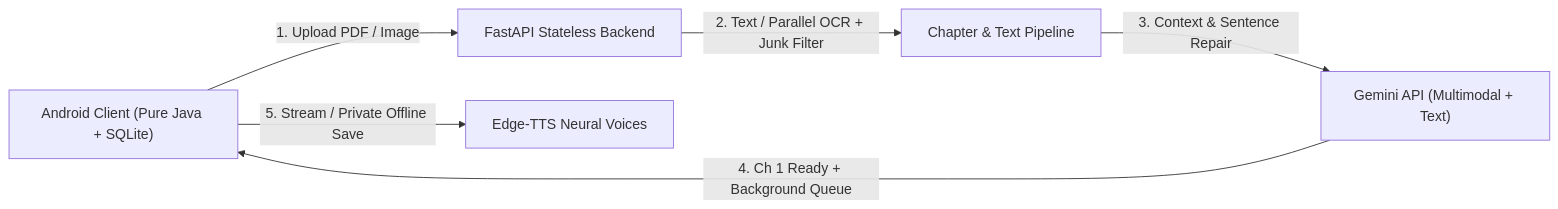
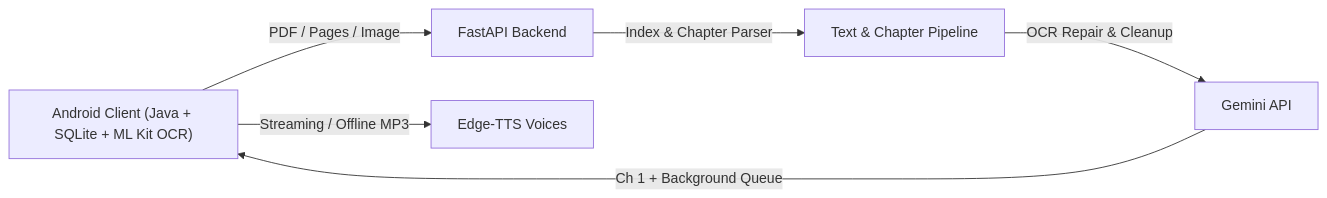
Before and after one commit to preetamk-tech/speakAi: the diagram in README.md, drawn with Mermaid. The commit also changed other lines of this file and 20 other files, not shown here.

Commit message:
Add per-book voice prefs, book/chapter search, and on-device OCR

````diff
--- a/README.md
+++ b/README.md
@@ -9,8 +24,8 @@
 ```mermaid
 flowchart LR
-    Phone["Android Client (Pure Java + SQLite)"] -->|"1. Upload PDF / Image"| API["FastAPI Stateless Backend"]
-    API -->|"2. Text / Parallel OCR + Junk Filter"| Parser["Chapter & Text Pipeline"]
-    Parser -->|"3. Context & Sentence Repair"| AI["Gemini API (Multimodal + Text)"]
-    AI -->|"4. Ch 1 Ready + Background Queue"| Phone
-    Phone -->|"5. Stream / Private Offline Save"| TTS["Edge-TTS Neural Voices"]
+    Phone["Android Client (Java + SQLite + ML Kit OCR)"] -->|"PDF / Pages / Image"| API["FastAPI Backend"]
+    API -->|"Index & Chapter Parser"| Parser["Text & Chapter Pipeline"]
+    Parser -->|"OCR Repair & Cleanup"| Gemini["Gemini API"]
+    Gemini -->|"Ch 1 + Background Queue"| Phone
+    Phone -->|"Streaming / Offline MP3"| TTS["Edge-TTS Voices"]
 ```
````
